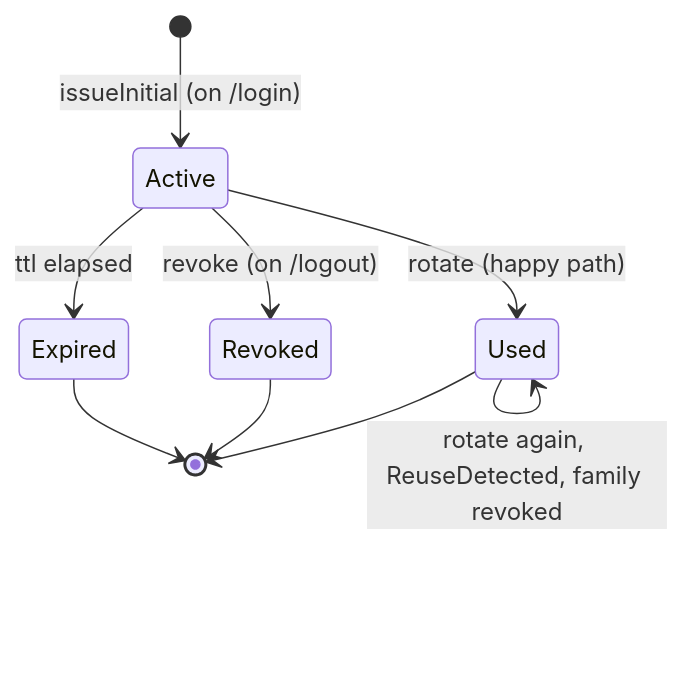
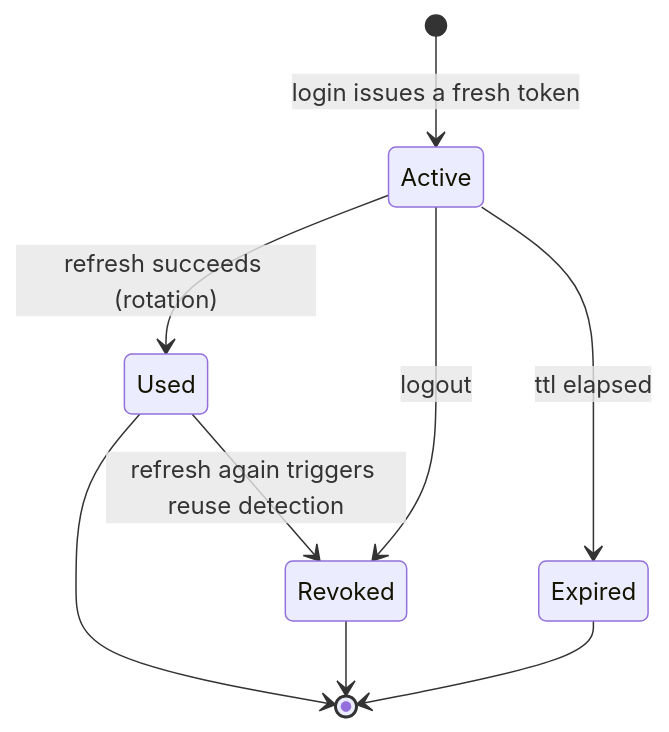
Before and after one commit to isnow-git/keystone-auth: the third of 3 diagrams in README.md, drawn with Mermaid. The commit also changed other lines of this file, not shown here.

First line of the commit message:
fix(docs): clean up Mermaid diagrams for reliable GitHub rendering

````diff
--- a/README.md
+++ b/README.md
@@ -135,11 +146,11 @@
 ```mermaid
 stateDiagram-v2
-    [*] --> Active : issueInitial (on /login)
-    Active --> Used : rotate (happy path)
-    Used --> Used : rotate again, ReuseDetected, family revoked
-    Active --> Revoked : revoke (on /logout)
+    [*] --> Active : login issues a fresh token
+    Active --> Used : refresh succeeds (rotation)
+    Used --> Revoked : refresh again triggers reuse detection
+    Active --> Revoked : logout
     Active --> Expired : ttl elapsed
     Used --> [*]
     Revoked --> [*]
     Expired --> [*]
 ```
````
